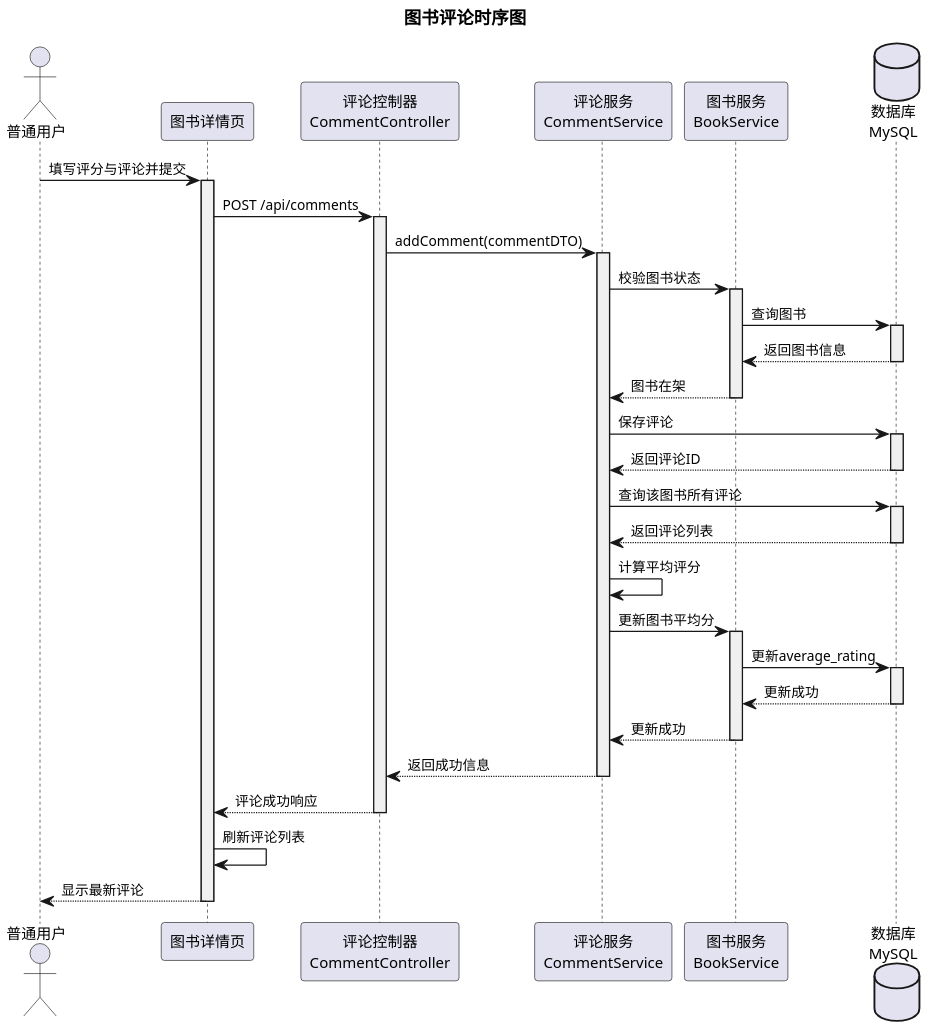
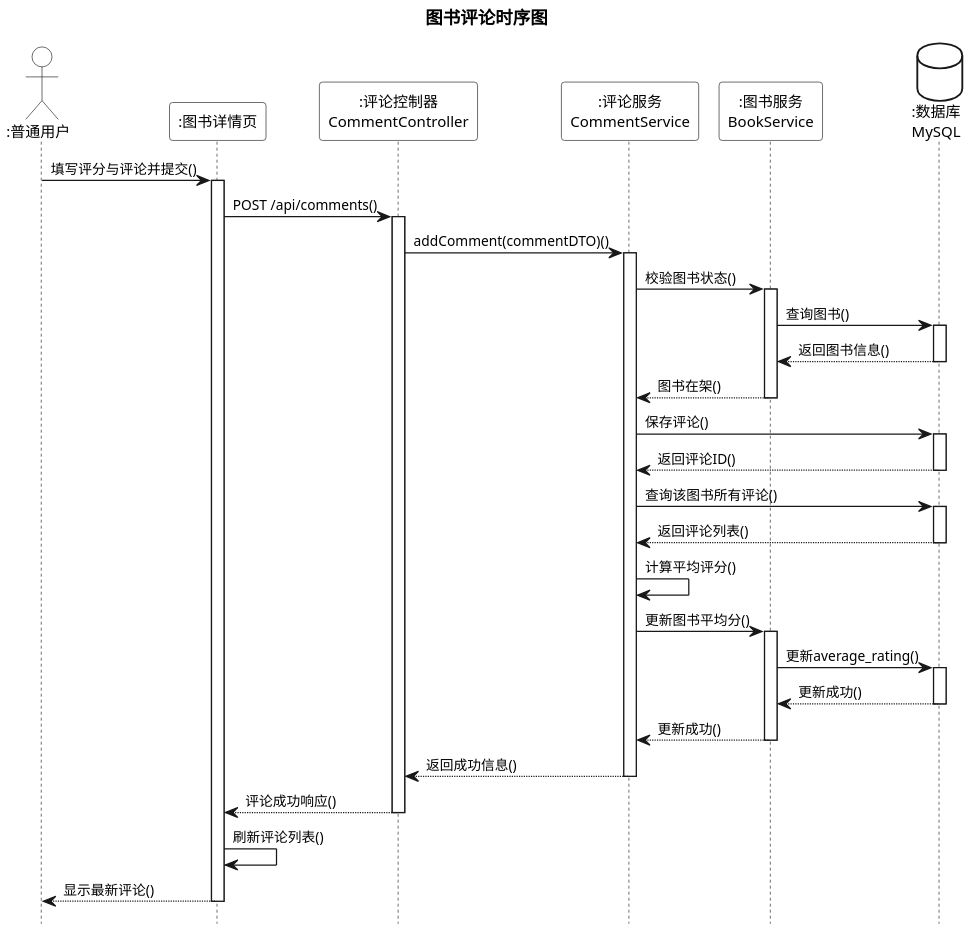
The sixth of 8 diagrams in 修改后的论文内容.md (lvolk555/Trea--warehouse-), drawn with PlantUML before and after one commit. The commit also changed other lines of this file, not shown here.

Commit message:
更新PlantUML时序图格式：激活块白色填充、组件透明背景、hide footbox、组件名加冒号、消息加括号

````diff
--- a/修改后的论文内容.md
+++ b/修改后的论文内容.md
@@ -1109,5 +1137,6 @@
 ```plantuml
 @startuml
+hide footbox
 skinparam defaultFontName "SimSun"
 skinparam defaultFontSize 12
 skinparam sequence {
@@ -1115,75 +1144,81 @@
     ArrowFontSize 11
     ParticipantFontName "SimSun"
     ParticipantFontSize 12
-    LifeLineBackgroundColor #F0F0F0
 }
+skinparam ParticipantBackgroundColor transparent
+skinparam ActorBackgroundColor transparent
+skinparam DatabaseBackgroundColor transparent
+skinparam NoteBackgroundColor transparent
+skinparam GroupBackgroundColor transparent
+skinparam LegendBackgroundColor transparent
+skinparam TitleBackgroundColor transparent
 skinparam dpi 200
 
 title 图书评论时序图
 
-actor "普通用户" as User
-participant "图书详情页" as BookPage
-participant "评论控制器\nCommentController" as Controller
-participant "评论服务\nCommentService" as Service
-participant "图书服务\nBookService" as BookService
-database "数据库\nMySQL" as DB
+actor ":普通用户" as User
+participant ":图书详情页" as BookPage
+participant ":评论控制器\nCommentController" as Controller
+participant ":评论服务\nCommentService" as Service
+participant ":图书服务\nBookService" as BookService
+database ":数据库\nMySQL" as DB
 
-User -> BookPage: 填写评分与评论并提交
+User -> BookPage: 填写评分与评论并提交()
 activate BookPage
 
-BookPage -> Controller: POST /api/comments
+BookPage -> Controller: POST /api/comments()
 activate Controller
 
-Controller -> Service: addComment(commentDTO)
+Controller -> Service: addComment(commentDTO)()
 activate Service
 
-Service -> BookService: 校验图书状态
+Service -> BookService: 校验图书状态()
 activate BookService
-BookService -> DB: 查询图书
+BookService -> DB: 查询图书()
 activate DB
-DB --> BookService: 返回图书信息
+DB --> BookService: 返回图书信息()
 
 deactivate DB
-BookService --> Service: 图书在架
+BookService --> Service: 图书在架()
 
 deactivate BookService
 
-Service -> DB: 保存评论
+Service -> DB: 保存评论()
 activate DB
-DB --> Service: 返回评论ID
+DB --> Service: 返回评论ID()
 
 deactivate DB
 
-Service -> DB: 查询该图书所有评论
+Service -> DB: 查询该图书所有评论()
 activate DB
-DB --> Service: 返回评论列表
+DB --> Service: 返回评论列表()
 
 deactivate DB
 
-Service -> Service: 计算平均评分
+Service -> Service: 计算平均评分()
 
-Service -> BookService: 更新图书平均分
+Service -> BookService: 更新图书平均分()
 activate BookService
-BookService -> DB: 更新average_rating
+BookService -> DB: 更新average_rating()
 activate DB
-DB --> BookService: 更新成功
+DB --> BookService: 更新成功()
 
 deactivate DB
-BookService --> Service: 更新成功
+BookService --> Service: 更新成功()
 
 deactivate BookService
 
-Service --> Controller: 返回成功信息
+Service --> Controller: 返回成功信息()
 
 deactivate Service
 
-Controller --> BookPage: 评论成功响应
+Controller --> BookPage: 评论成功响应()
 
 deactivate Controller
 
-BookPage -> BookPage: 刷新评论列表
+BookPage -> BookPage: 刷新评论列表()
 
-BookPage --> User: 显示最新评论
+BookPage --> User: 显示最新评论()
 
 deactivate BookPage
 
````
